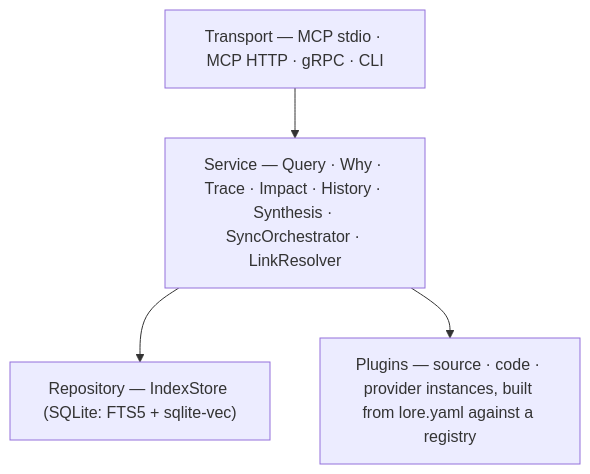
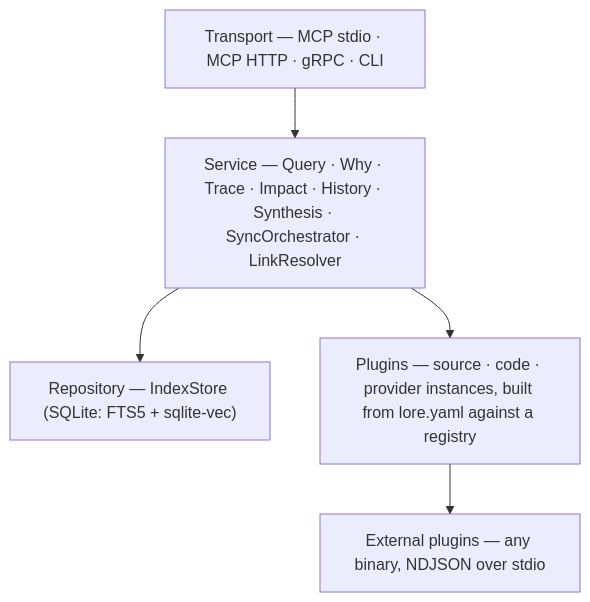
The diagram in README.md (setthasit/Lore), drawn with Mermaid before and after one commit. The commit also changed other lines of this file and 12 other files, not shown here.

````diff
--- a/README.md
+++ b/README.md
@@ -223,10 +295,12 @@
 ```mermaid
 flowchart TB
     T["Transport — MCP stdio · MCP HTTP · gRPC · CLI"]
     S["Service — Query · Why · Trace · Impact · History · Synthesis · SyncOrchestrator · LinkResolver"]
     R["Repository — IndexStore (SQLite: FTS5 + sqlite-vec)"]
     C["Plugins — source · code · provider instances, built from lore.yaml against a registry"]
+    X["External plugins — any binary, NDJSON over stdio"]
     T --> S
     S --> R
     S --> C
+    C --> X
 ```
````
